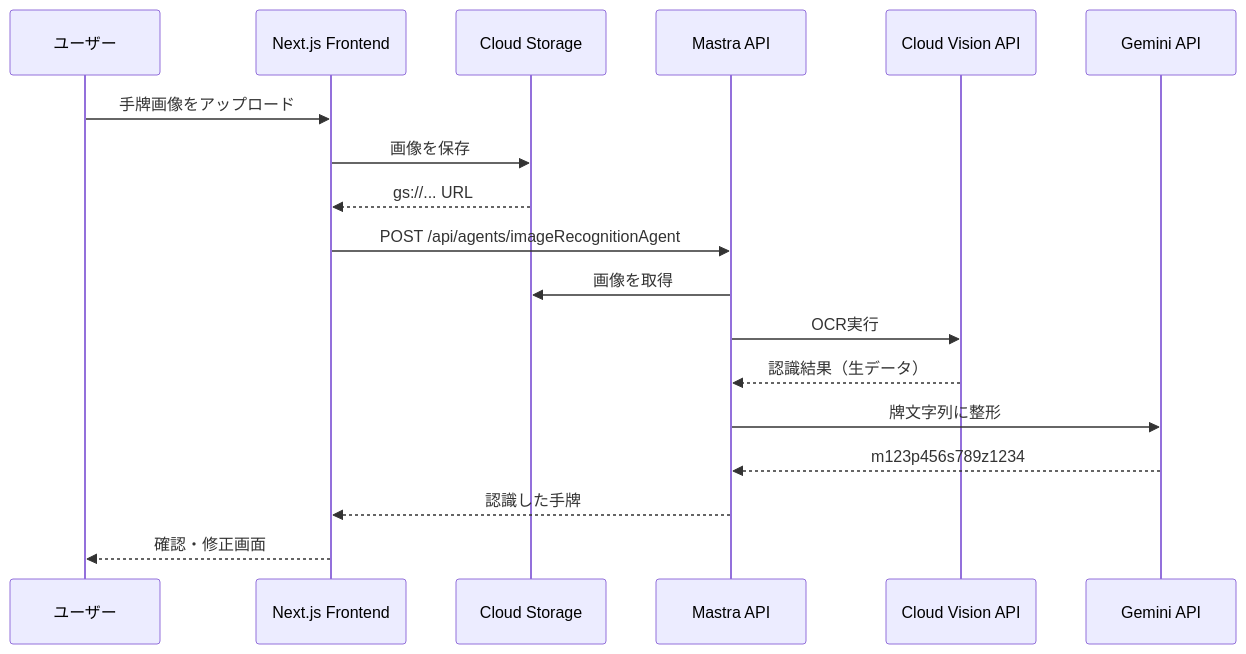
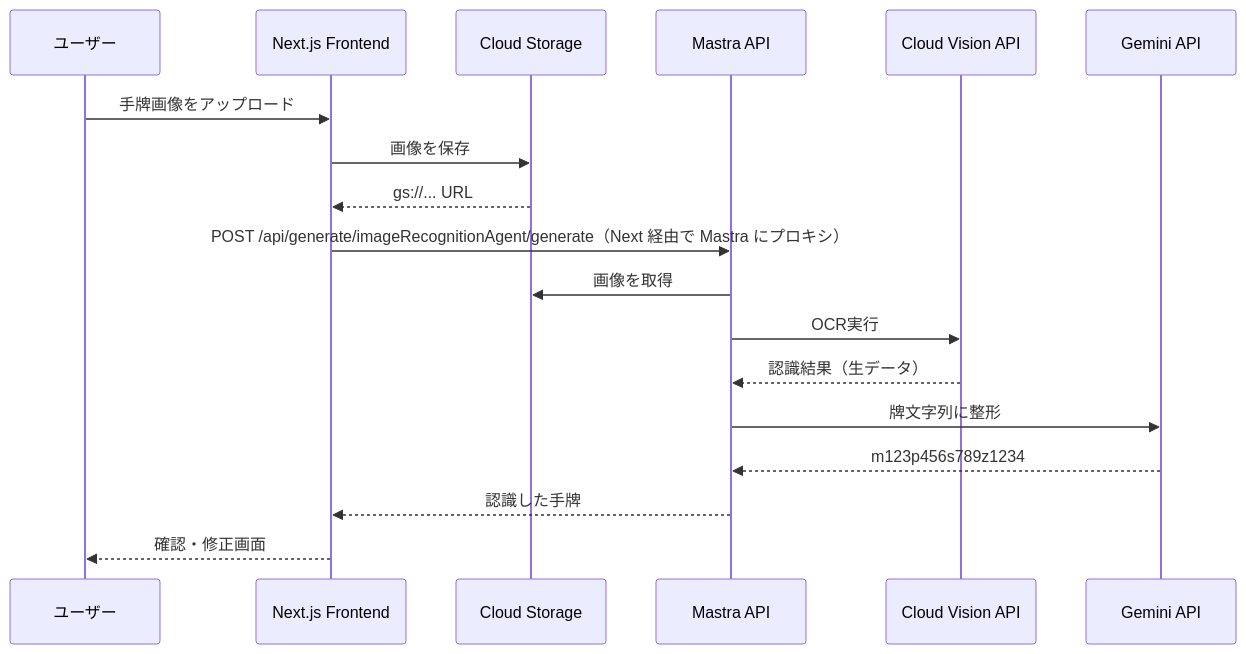
Before and after one commit to kazuki1023/majiang-ai-beta: the third of 3 diagrams in ARCHITECTURE.md, drawn with Mermaid. The commit also changed other lines of this file and 8 other files, not shown here.

````diff
--- a/ARCHITECTURE.md
+++ b/ARCHITECTURE.md
@@ -201,21 +201,21 @@
 ```mermaid
 sequenceDiagram
     participant User as ユーザー
     participant UI as Next.js Frontend
     participant GCS as Cloud Storage
     participant API as Mastra API
     participant Vision as Cloud Vision API
     participant Gemini as Gemini API
 
     User->>UI: 手牌画像をアップロード
     UI->>GCS: 画像を保存
     GCS-->>UI: gs://... URL
-    UI->>API: POST /api/agents/imageRecognitionAgent
+    UI->>API: POST /api/generate/imageRecognitionAgent/generate（Next 経由で Mastra にプロキシ）
     API->>GCS: 画像を取得
     API->>Vision: OCR実行
     Vision-->>API: 認識結果（生データ）
     API->>Gemini: 牌文字列に整形
     Gemini-->>API: m123p456s789z1234
     API-->>UI: 認識した手牌
     UI-->>User: 確認・修正画面
 ```
````
